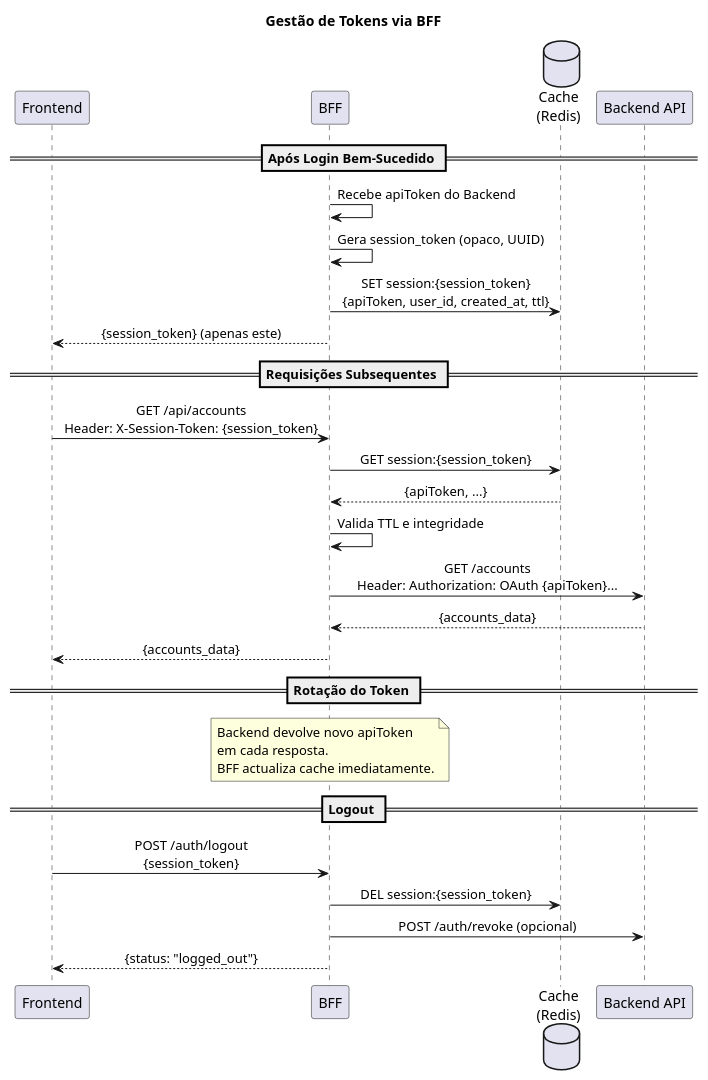
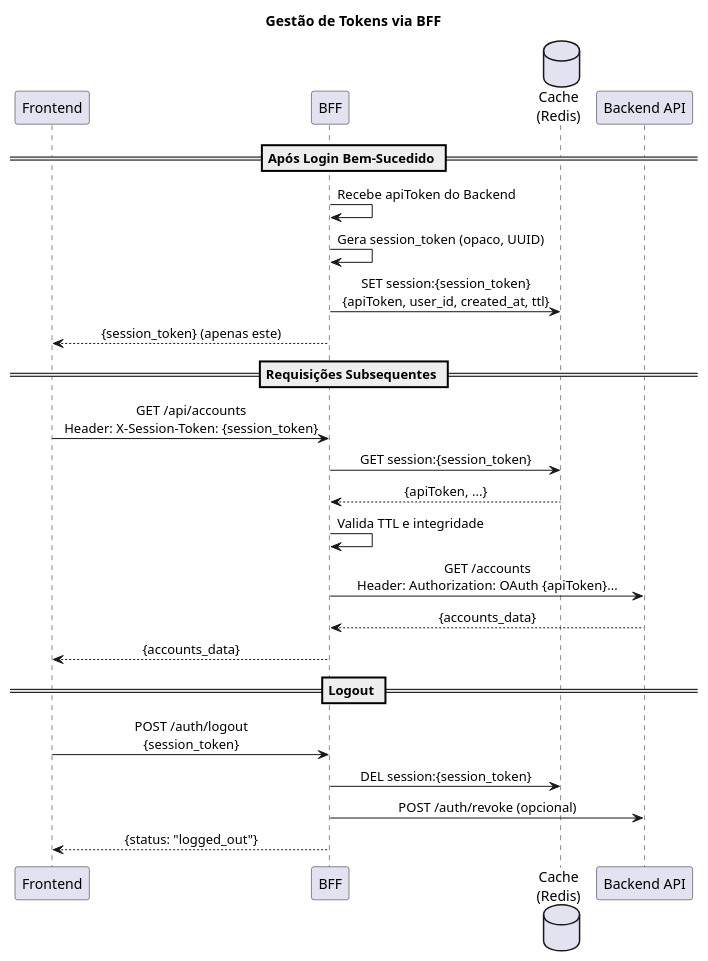
One commit to beduardo/novobanco_website_doc changed the fifth of 7 diagrams in project/definitions/DEF-13-autenticacao-oauth.md. Above: the diagram before and after it, drawn with PlantUML. The commit also changed other lines of this file and 15 other files, not shown here.

````diff
--- a/project/definitions/DEF-13-autenticacao-oauth.md
+++ b/project/definitions/DEF-13-autenticacao-oauth.md
@@ -236,41 +236,34 @@
 ```plantuml
 @startuml
 skinparam sequenceMessageAlign center
 
 title Gestão de Tokens via BFF
 
 participant "Frontend" as FE
 participant "BFF" as BFF
 database "Cache\n(Redis)" as Cache
 participant "Backend API" as API
 
 == Após Login Bem-Sucedido ==
 BFF -> BFF : Recebe apiToken do Backend
 BFF -> BFF : Gera session_token (opaco, UUID)
 BFF -> Cache : SET session:{session_token}\n{apiToken, user_id, created_at, ttl}
 BFF --> FE : {session_token} (apenas este)
 
 == Requisições Subsequentes ==
 FE -> BFF : GET /api/accounts\nHeader: X-Session-Token: {session_token}
 BFF -> Cache : GET session:{session_token}
 Cache --> BFF : {apiToken, ...}
 BFF -> BFF : Valida TTL e integridade
 BFF -> API : GET /accounts\nHeader: Authorization: OAuth {apiToken}...
 API --> BFF : {accounts_data}
 BFF --> FE : {accounts_data}
 
-== Rotação do Token ==
-note over BFF
-Backend devolve novo apiToken
-em cada resposta.
-BFF actualiza cache imediatamente.
-end note
-
 == Logout ==
 FE -> BFF : POST /auth/logout\n{session_token}
 BFF -> Cache : DEL session:{session_token}
 BFF -> API : POST /auth/revoke (opcional)
 BFF --> FE : {status: "logged_out"}
 
 @enduml
 ```
````
